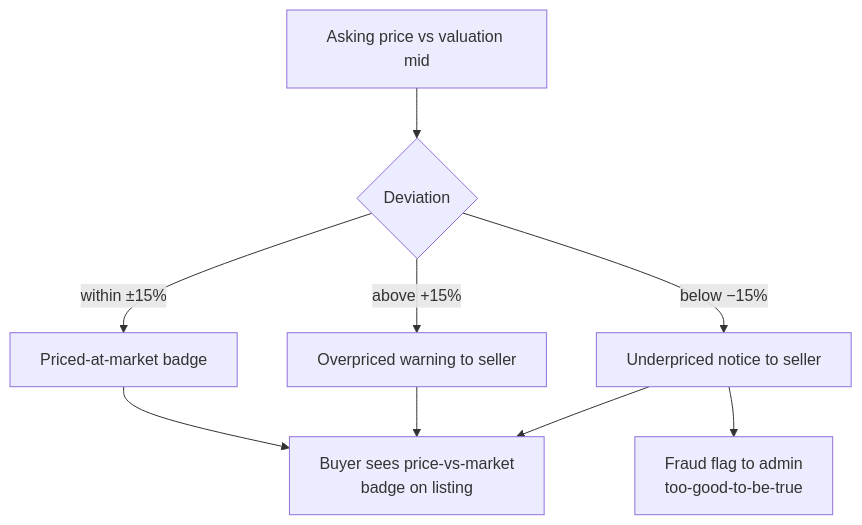
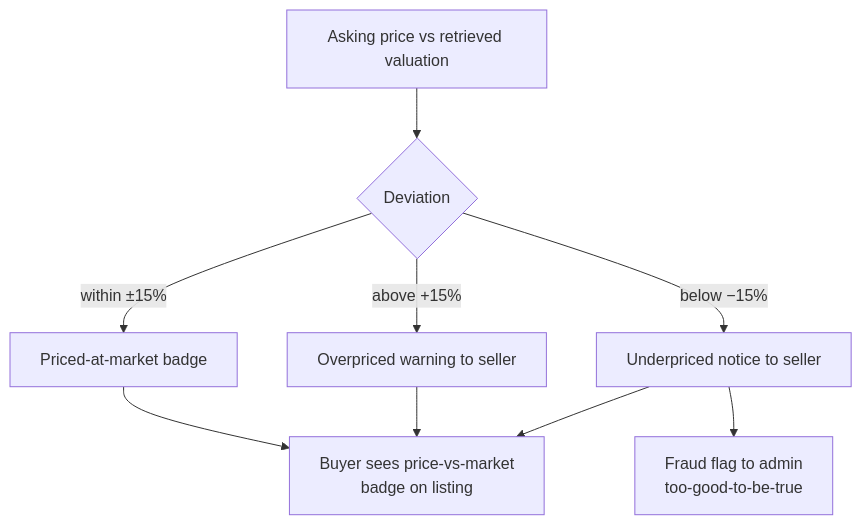
The fourth of 7 diagrams in docs/flow.md (chiageng/vehicle-inventory), drawn with Mermaid before and after one commit. The commit also changed other lines of this file and 101 other files, not shown here.

````diff
--- a/docs/flow.md
+++ b/docs/flow.md
@@ -87,9 +92,9 @@
 ```mermaid
 flowchart TD
-    A[Asking price vs valuation mid] --> B{Deviation}
+    A[Asking price vs retrieved valuation] --> B{Deviation}
     B -- "within ±15%" --> C[Priced-at-market badge]
     B -- "above +15%" --> D[Overpriced warning to seller]
     B -- "below −15%" --> E[Underpriced notice to seller]
     E --> F[Fraud flag to admin<br>too-good-to-be-true]
     C & D & E --> G[Buyer sees price-vs-market<br>badge on listing]
 ```
````
